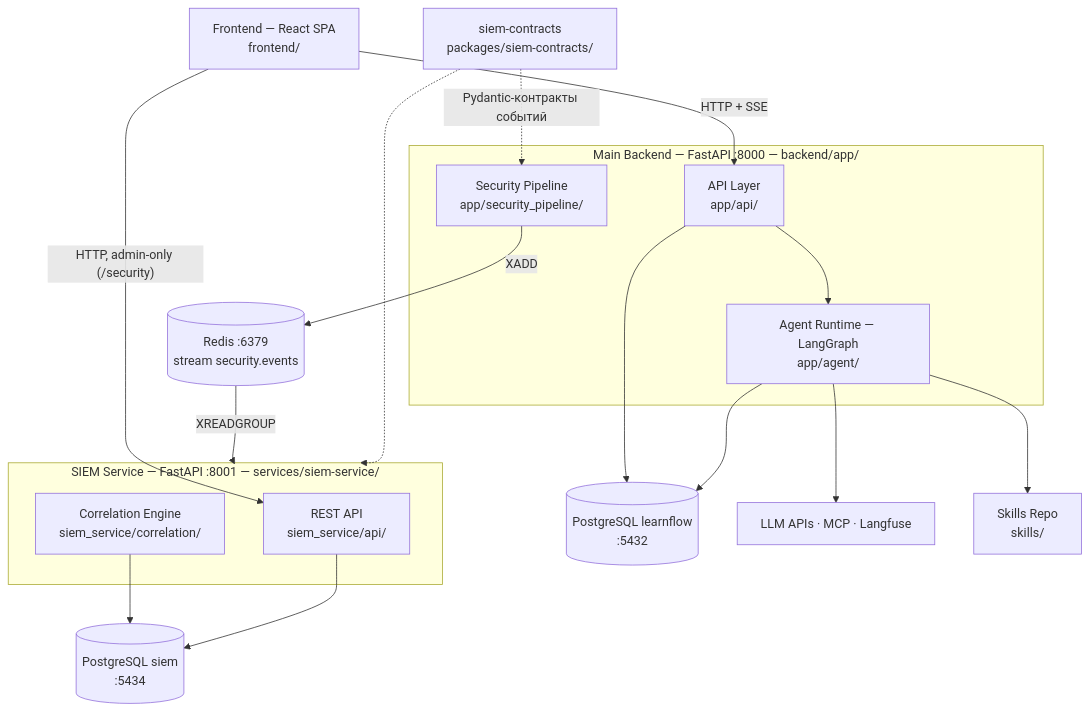
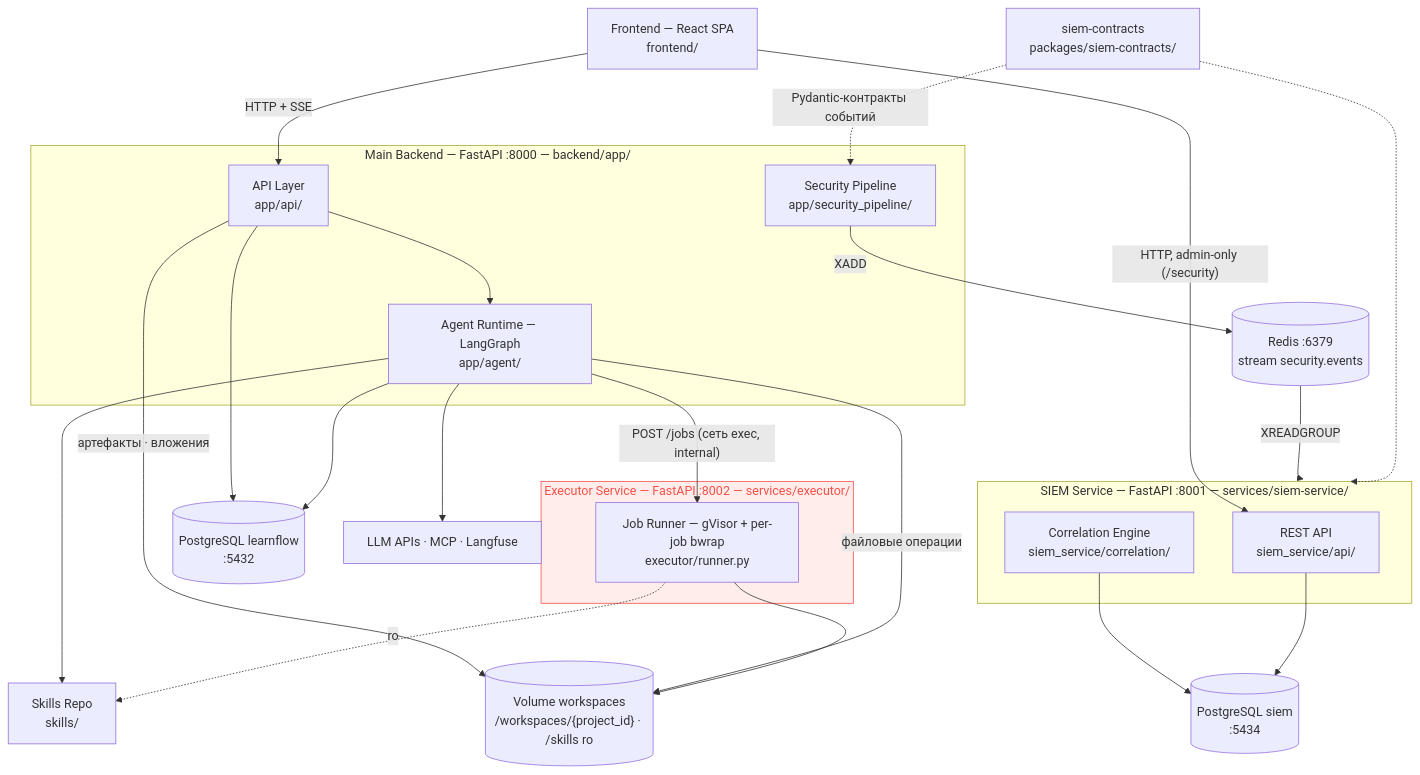
Before and after one commit to Bbar0n234/learnflow-ai: the diagram in doc/vision.md, drawn with Mermaid. The commit also changed other lines of this file and 21 other files, not shown here.

````diff
--- a/doc/vision.md
+++ b/doc/vision.md
@@ -19,36 +19,48 @@
 ```mermaid
 graph TD
     Frontend["Frontend — React SPA<br>frontend/"]
 
     subgraph Backend["Main Backend — FastAPI :8000 — backend/app/"]
         API["API Layer<br>app/api/"]
         Runtime["Agent Runtime — LangGraph<br>app/agent/"]
         SecPipe["Security Pipeline<br>app/security_pipeline/"]
     end
 
     subgraph SIEM["SIEM Service — FastAPI :8001 — services/siem-service/"]
         SiemAPI["REST API<br>siem_service/api/"]
         Correlation["Correlation Engine<br>siem_service/correlation/"]
     end
 
+    subgraph Executor["Executor Service — FastAPI :8002 — services/executor/"]
+        JobRunner["Job Runner — gVisor + per-job bwrap<br>executor/runner.py"]
+    end
+
     Contracts["siem-contracts<br>packages/siem-contracts/"]
     MainDB[("PostgreSQL learnflow<br>:5432")]
     SiemDB[("PostgreSQL siem<br>:5434")]
     Redis[("Redis :6379<br>stream security.events")]
+    Workspaces[("Volume workspaces<br>/workspaces/{project_id} · /skills ro")]
     External["LLM APIs · MCP · Langfuse"]
     SkillsDir["Skills Repo<br>skills/"]
 
     Frontend -->|HTTP + SSE| API
     Frontend -->|"HTTP, admin-only (/security)"| SiemAPI
     API --> Runtime
     API --> MainDB
+    API -->|"артефакты · вложения"| Workspaces
     Runtime --> MainDB
     Runtime --> External
     Runtime --> SkillsDir
+    Runtime -->|файловые операции| Workspaces
+    Runtime -->|"POST /jobs (сеть exec, internal)"| JobRunner
+    JobRunner --> Workspaces
+    JobRunner -.->|ro| SkillsDir
     SecPipe -->|XADD| Redis
     Redis -->|XREADGROUP| SIEM
     Correlation --> SiemDB
     SiemAPI --> SiemDB
     Contracts -.->|Pydantic-контракты событий| SecPipe
     Contracts -.-> SIEM
+
+    style Executor fill:#f851491a,stroke:#f85149,color:#f85149
 ```
````
